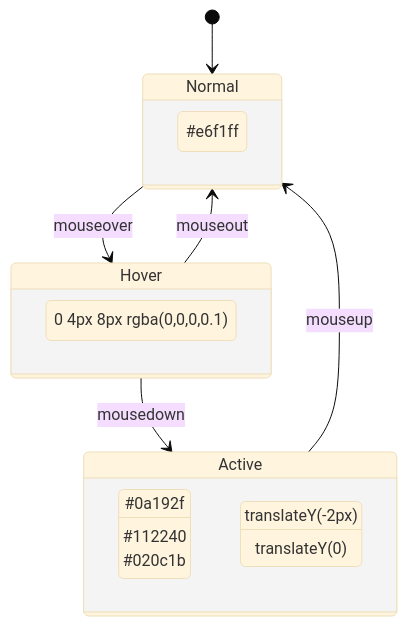
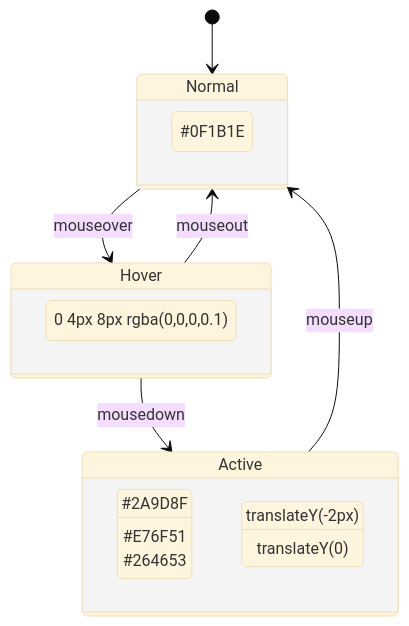
The fourth of 6 diagrams in portfolio-style-guide.md (daffaghiffarykusuma/dafghif-learning-portfolio), drawn with Mermaid (base theme) before and after one commit. The commit also changed other lines of this file and 8 other files, not shown here.

````diff
--- a/portfolio-style-guide.md
+++ b/portfolio-style-guide.md
@@ -62,24 +66,24 @@
 ```mermaid
 stateDiagram-v2
     [*] --> Normal
     Normal --> Hover: mouseover
     Hover --> Active: mousedown
     Active --> Normal: mouseup
     Hover --> Normal: mouseout
     
     state Normal {
-        fill: #0a192f
-        text: #e6f1ff
+        fill: #2A9D8F
+        text: #0F1B1E
     }
     
     state Hover {
-        fill: #112240
+        fill: #E76F51
         transform: translateY(-2px)
         shadow: 0 4px 8px rgba(0,0,0,0.1)
     }
     
     state Active {
-        fill: #020c1b
+        fill: #264653
         transform: translateY(0)
     }
 ```
````
